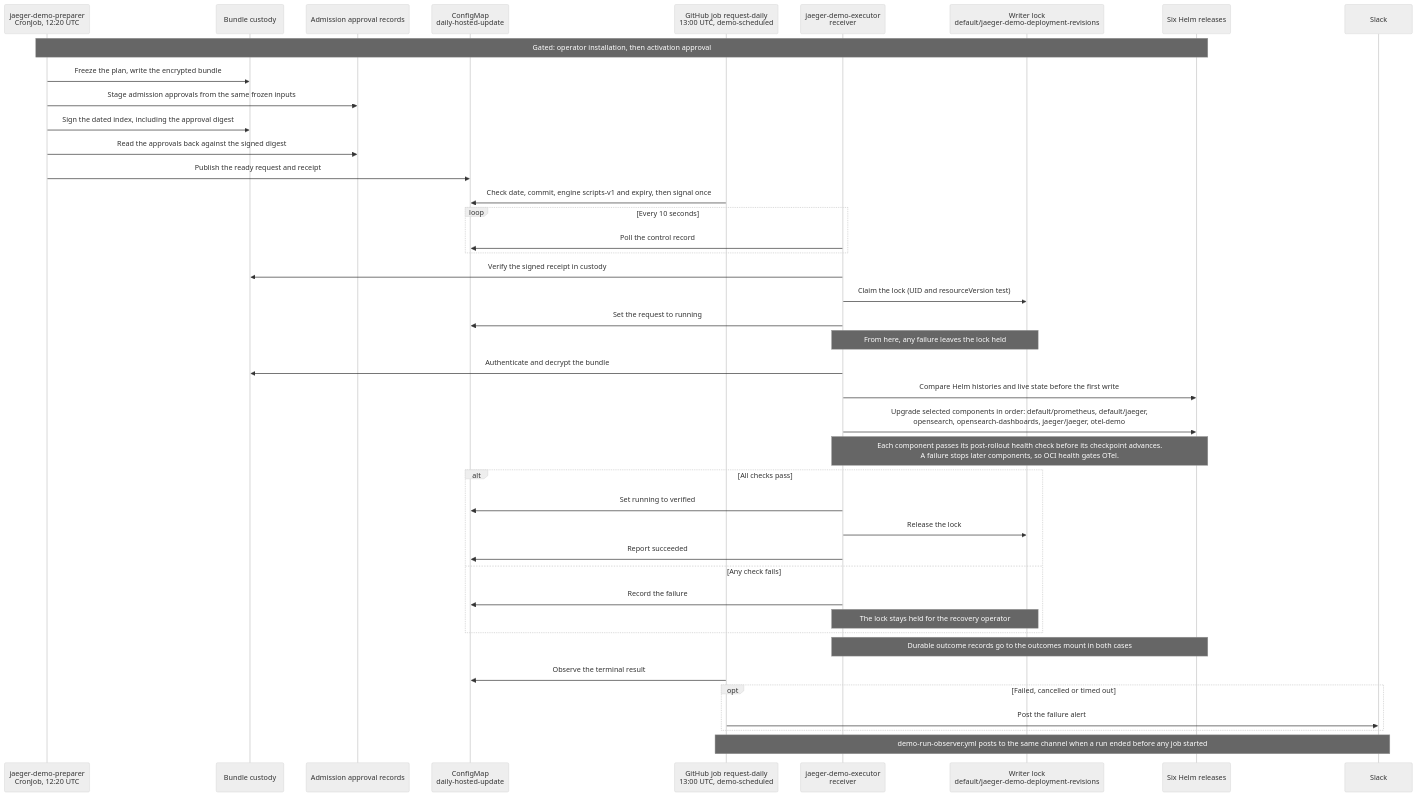
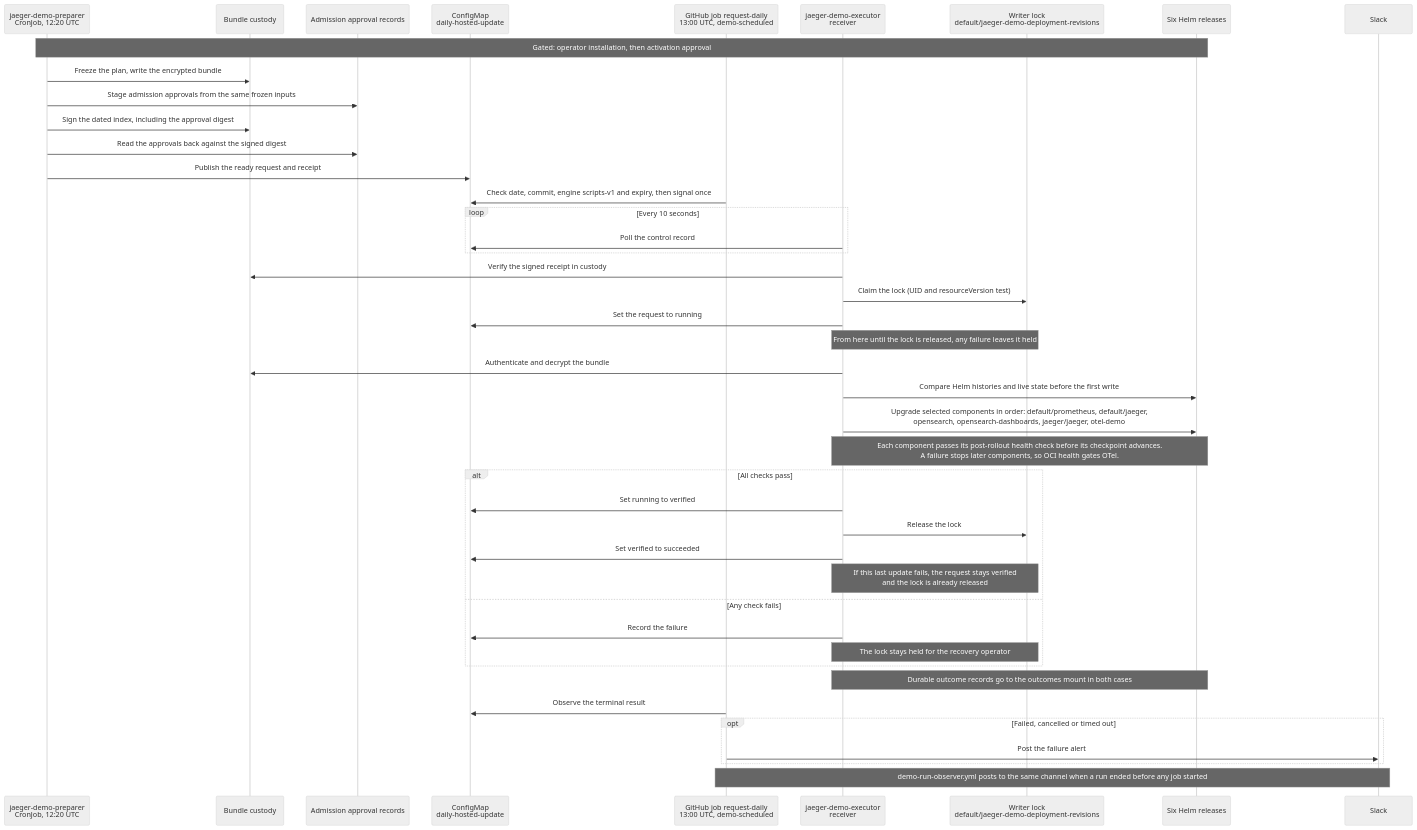
The diagram in docs/in-cluster-executor.md (DsThakurRawat/jaeger-demo), drawn with Mermaid (neutral theme) before and after one commit. The commit also changed other lines of this file, not shown here.

Commit message:
docs(executor): Distinguish the final success report from lock failures
scheduled_request.execute releases the lock before it moves the request
from verified to succeeded. A failure in that last update leaves the
request verified with no holder. Limit the held-lock note to failures
before the release, show the final update and its failure case, and
point to the recovery procedure that finalizes it.

Refs #67

````diff
--- a/docs/in-cluster-executor.md
+++ b/docs/in-cluster-executor.md
@@ -12,45 +12,46 @@
 ```mermaid
 sequenceDiagram
     participant P as jaeger-demo-preparer<br/>CronJob, 12:20 UTC
     participant B as Bundle custody
     participant A as Admission approval records
     participant C as ConfigMap<br/>daily-hosted-update
     participant G as GitHub job request-daily<br/>13:00 UTC, demo-scheduled
     participant E as jaeger-demo-executor<br/>receiver
     participant L as Writer lock<br/>default/jaeger-demo-deployment-revisions
     participant H as Six Helm releases
     participant S as Slack #jaeger-operations
 
     Note over P,H: Gated: operator installation, then activation approval
     P->>B: Freeze the plan, write the encrypted bundle
     P->>A: Stage admission approvals from the same frozen inputs
     P->>B: Sign the dated index, including the approval digest
     P->>A: Read the approvals back against the signed digest
     P->>C: Publish the ready request and receipt
     G->>C: Check date, commit, engine scripts-v1 and expiry, then signal once
     loop Every 10 seconds
         E->>C: Poll the control record
     end
     E->>B: Verify the signed receipt in custody
     E->>L: Claim the lock (UID and resourceVersion test)
     E->>C: Set the request to running
-    Note over E,L: From here, any failure leaves the lock held
+    Note over E,L: From here until the lock is released, any failure leaves it held
     E->>B: Authenticate and decrypt the bundle
     E->>H: Compare Helm histories and live state before the first write
     E->>H: Upgrade selected components in order: default/prometheus, default/jaeger,<br/>opensearch, opensearch-dashboards, jaeger/jaeger, otel-demo
     Note over E,H: Each component passes its post-rollout health check before its checkpoint advances.<br/>A failure stops later components, so OCI health gates OTel.
     alt All checks pass
         E->>C: Set running to verified
         E->>L: Release the lock
-        E->>C: Report succeeded
+        E->>C: Set verified to succeeded
+        Note over E,L: If this last update fails, the request stays verified<br/>and the lock is already released
     else Any check fails
         E->>C: Record the failure
         Note over E,L: The lock stays held for the recovery operator
     end
     Note over E,H: Durable outcome records go to the outcomes mount in both cases
     G->>C: Observe the terminal result
     opt Failed, cancelled or timed out
         G->>S: Post the failure alert
     end
     Note over G,S: demo-run-observer.yml posts to the same channel when a run ended before any job started
 ```
````
